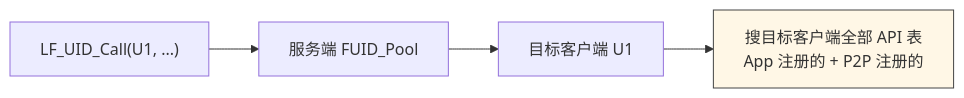
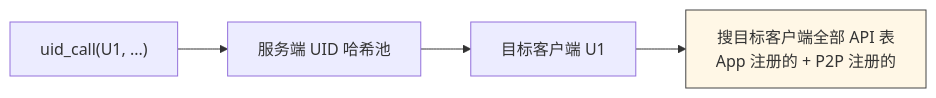
One commit to PassByYou888/LingoFuse changed the second of 2 diagrams in doc/LF_Route_Choice.md. Above: the diagram before and after it, drawn with Mermaid. The commit also changed other lines of this file, not shown here.

````diff
--- a/doc/LF_Route_Choice.md
+++ b/doc/LF_Route_Choice.md
@@ -47,8 +72,8 @@
 ```mermaid
 flowchart LR
-    A["LF_UID_Call(U1, ...)"] --> B["服务端 FUID_Pool"]
+    A["uid_call(U1, ...)"] --> B["服务端 UID 哈希池"]
     B --> C["目标客户端 U1"]
     C --> D["搜目标客户端全部 API 表<br/>App 注册的 + P2P 注册的"]
 
     style D fill:#fff7e6,stroke:#444
 ```
````
